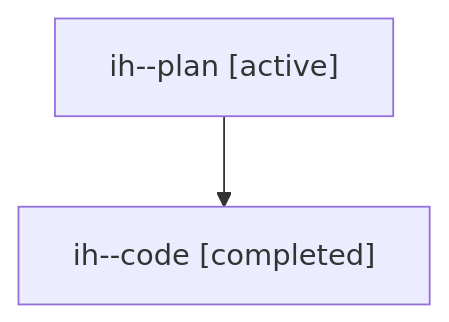
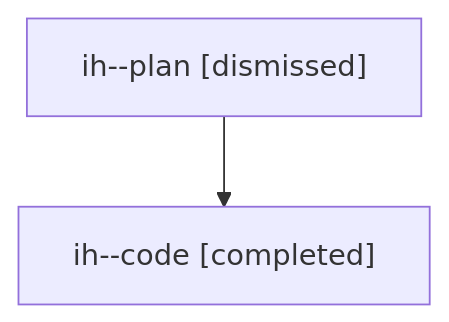
Before and after one commit to sase-org/sase--agents: the diagram in sessions/bbugyi200.athena.ih.md, drawn with Mermaid. The commit also changed other lines of this file and 18 other files, not shown here.

````diff
--- a/sessions/bbugyi200.athena.ih.md
+++ b/sessions/bbugyi200.athena.ih.md
@@ -9,6 +9,6 @@
 ```mermaid
 flowchart TD
-  n0["ih--plan [active]"]
+  n0["ih--plan [dismissed]"]
   n1["ih--code [completed]"]
   n0 --> n1
 ```
````
